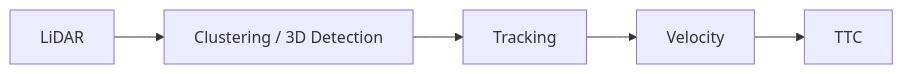
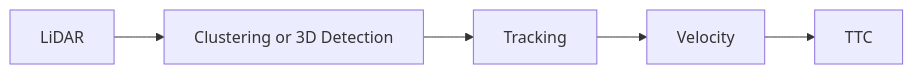
Diagram 15 of 19 in README.md (GauravR2012/ros2-adas-perception-stack), drawn with Mermaid before and after one commit. The commit also changed other lines of this file, not shown here.

````diff
--- a/README.md
+++ b/README.md
@@ -873,4 +873,4 @@
 ```mermaid
 flowchart LR
-    A[LiDAR] --> B[Clustering / 3D Detection] --> C[Tracking] --> D[Velocity] --> E[TTC]
+    A["LiDAR"] --> B["Clustering  or  3D Detection"] --> C["Tracking"] --> D["Velocity"] --> E["TTC"]
 ```
````
